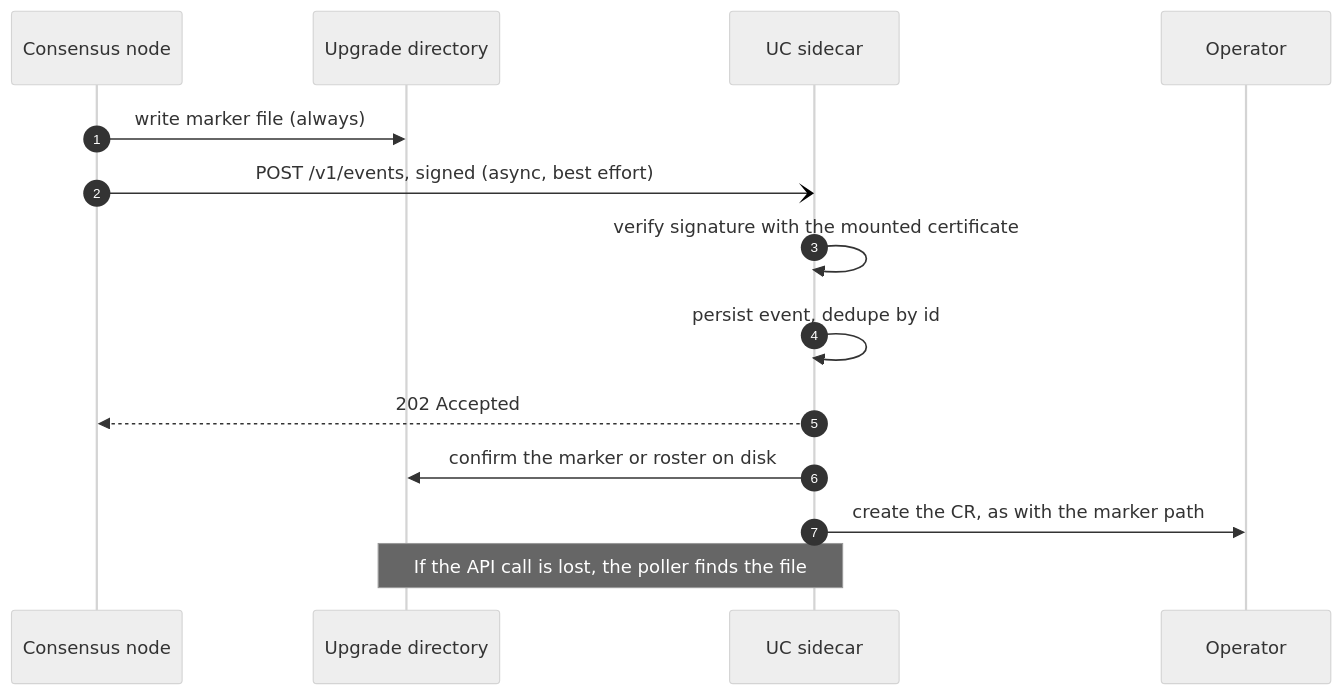
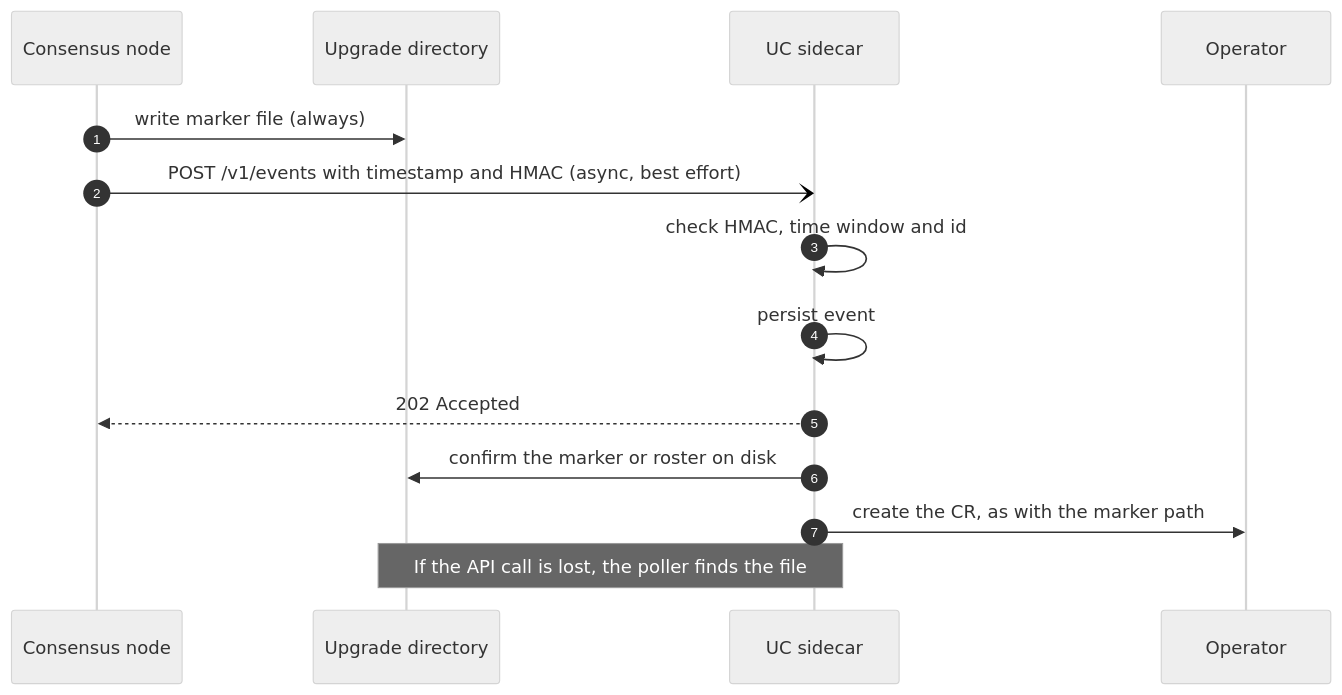
One commit to hashgraph/solo-operator changed the second of 2 diagrams in docs/design/dab-notification-sinks.md. Above: the diagram before and after it, drawn with Mermaid (neutral theme). The commit also changed other lines of this file, not shown here.

First line of the commit message:
docs(design): authenticate the CN events API with an HMAC from a shared secret

````diff
--- a/docs/design/dab-notification-sinks.md
+++ b/docs/design/dab-notification-sinks.md
@@ -182,17 +166,17 @@
 ```mermaid
 sequenceDiagram
     autonumber
     participant CN as Consensus node
     participant FS as Upgrade directory
     participant UC as UC sidecar
     participant OP as Operator
 
     CN->>FS: write marker file (always)
-    CN-)UC: POST /v1/events, signed (async, best effort)
-    UC->>UC: verify signature with the mounted certificate
-    UC->>UC: persist event, dedupe by id
+    CN-)UC: POST /v1/events with timestamp and HMAC (async, best effort)
+    UC->>UC: check HMAC, time window and id
+    UC->>UC: persist event
     UC-->>CN: 202 Accepted
     UC->>FS: confirm the marker or roster on disk
     UC->>OP: create the CR, as with the marker path
     Note over UC,FS: If the API call is lost, the poller finds the file
 ```
````
